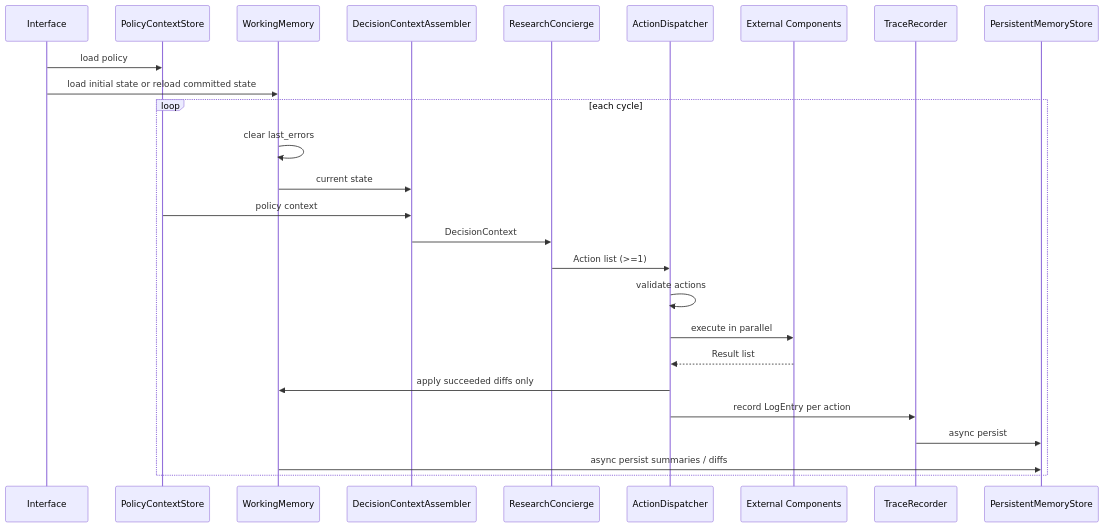
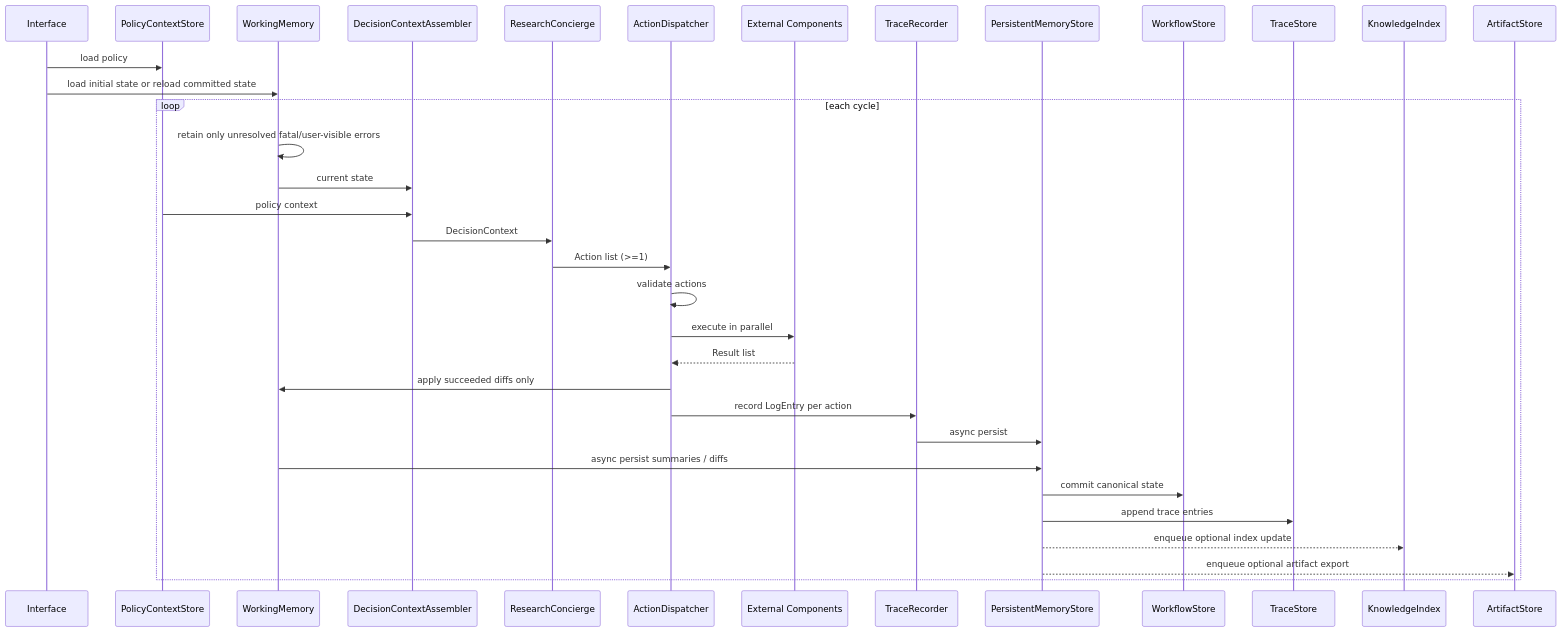
One commit to kenoogl/eqorch changed the second of 3 diagrams in .kiro/specs/eqorch/design.md. Above: the diagram before and after it, drawn with Mermaid. The commit also changed other lines of this file and 2 other files, not shown here.

````diff
--- a/.kiro/specs/eqorch/design.md
+++ b/.kiro/specs/eqorch/design.md
@@ -95,29 +103,37 @@
 ```mermaid
 sequenceDiagram
     participant I as Interface
     participant P as PolicyContextStore
     participant W as WorkingMemory
     participant A as DecisionContextAssembler
     participant C as ResearchConcierge
     participant D as ActionDispatcher
     participant E as External Components
     participant T as TraceRecorder
     participant S as PersistentMemoryStore
+    participant WF as WorkflowStore
+    participant TS as TraceStore
+    participant KI as KnowledgeIndex
+    participant AS as ArtifactStore
 
     I->>P: load policy
     I->>W: load initial state or reload committed state
     loop each cycle
-        W->>W: clear last_errors
+        W->>W: retain only unresolved fatal/user-visible errors
         W->>A: current state
         P->>A: policy context
         A->>C: DecisionContext
         C->>D: Action list (>=1)
         D->>D: validate actions
         D->>E: execute in parallel
         E-->>D: Result list
         D->>W: apply succeeded diffs only
         D->>T: record LogEntry per action
         T->>S: async persist
         W->>S: async persist summaries / diffs
+        S->>WF: commit canonical state
+        S->>TS: append trace entries
+        S-->>KI: enqueue optional index update
+        S-->>AS: enqueue optional artifact export
     end
 ```
````
